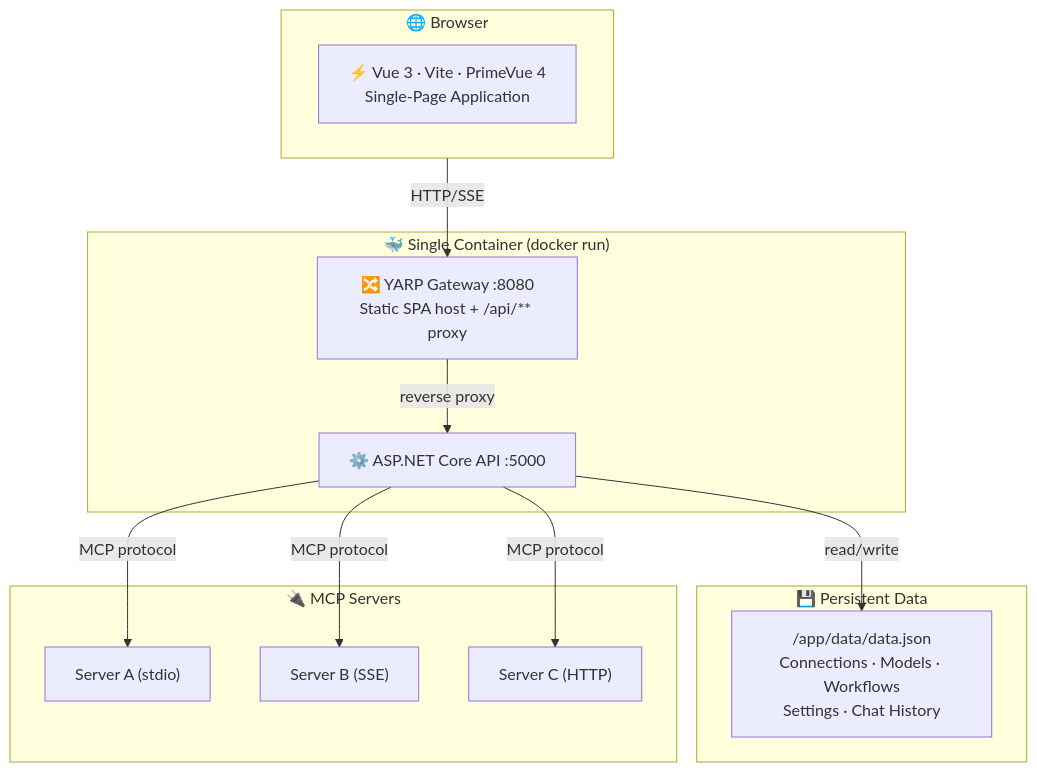
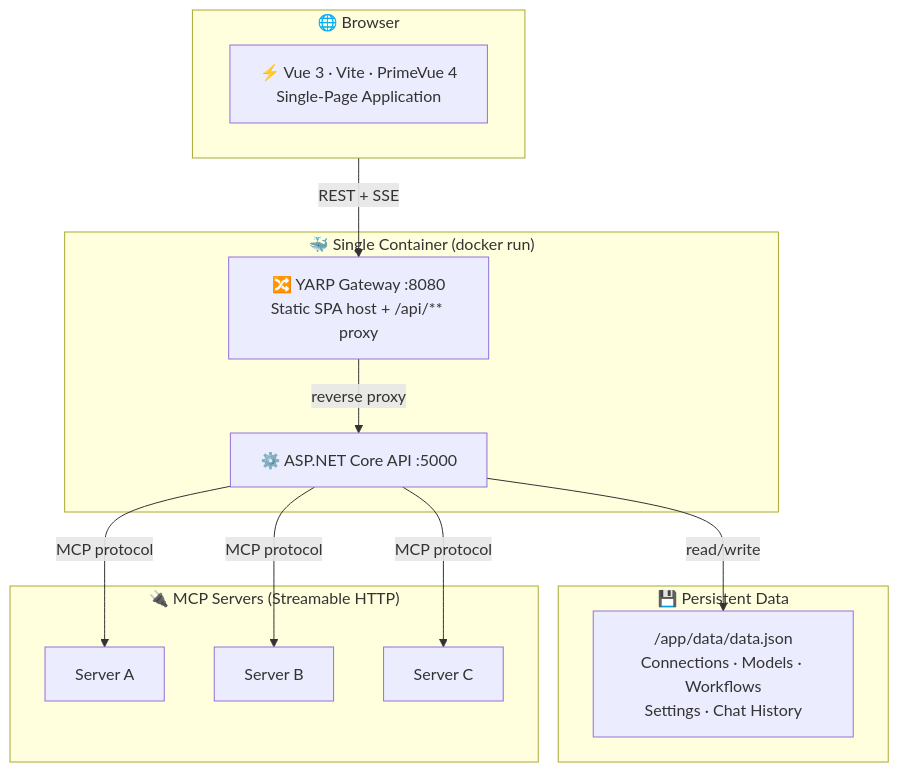
Before and after one commit to garrardkitchen/mcp-explorer-vue: the first of 4 diagrams in docs/learn/content/docs/reference/architecture.md, drawn with Mermaid. The commit also changed 9 other files, not shown here.

````diff
--- a/docs/learn/content/docs/reference/architecture.md
+++ b/docs/learn/content/docs/reference/architecture.md
@@ -11,28 +11,28 @@
 ```mermaid
 flowchart TB
     subgraph BROWSER["🌐 Browser"]
         SPA["⚡ Vue 3 · Vite · PrimeVue 4\nSingle-Page Application"]
     end
 
     subgraph SINGLE["🐳 Single Container (docker run)"]
         GW["🔀 YARP Gateway :8080\nStatic SPA host + /api/** proxy"]
         API["⚙️ ASP.NET Core API :5000"]
         GW -->|reverse proxy| API
     end
 
     subgraph DATA["💾 Persistent Data"]
         FILE["/app/data/data.json\nConnections · Models · Workflows\nSettings · Chat History"]
     end
 
-    subgraph MCP["🔌 MCP Servers"]
-        S1["Server A (stdio)"]
-        S2["Server B (SSE)"]
-        S3["Server C (HTTP)"]
+    subgraph MCP["🔌 MCP Servers (Streamable HTTP)"]
+        S1["Server A"]
+        S2["Server B"]
+        S3["Server C"]
     end
 
-    BROWSER -->|HTTP/SSE| GW
+    BROWSER -->|REST + SSE| GW
     API -->|read/write| FILE
     API -->|MCP protocol| S1
     API -->|MCP protocol| S2
     API -->|MCP protocol| S3
 ```
````
